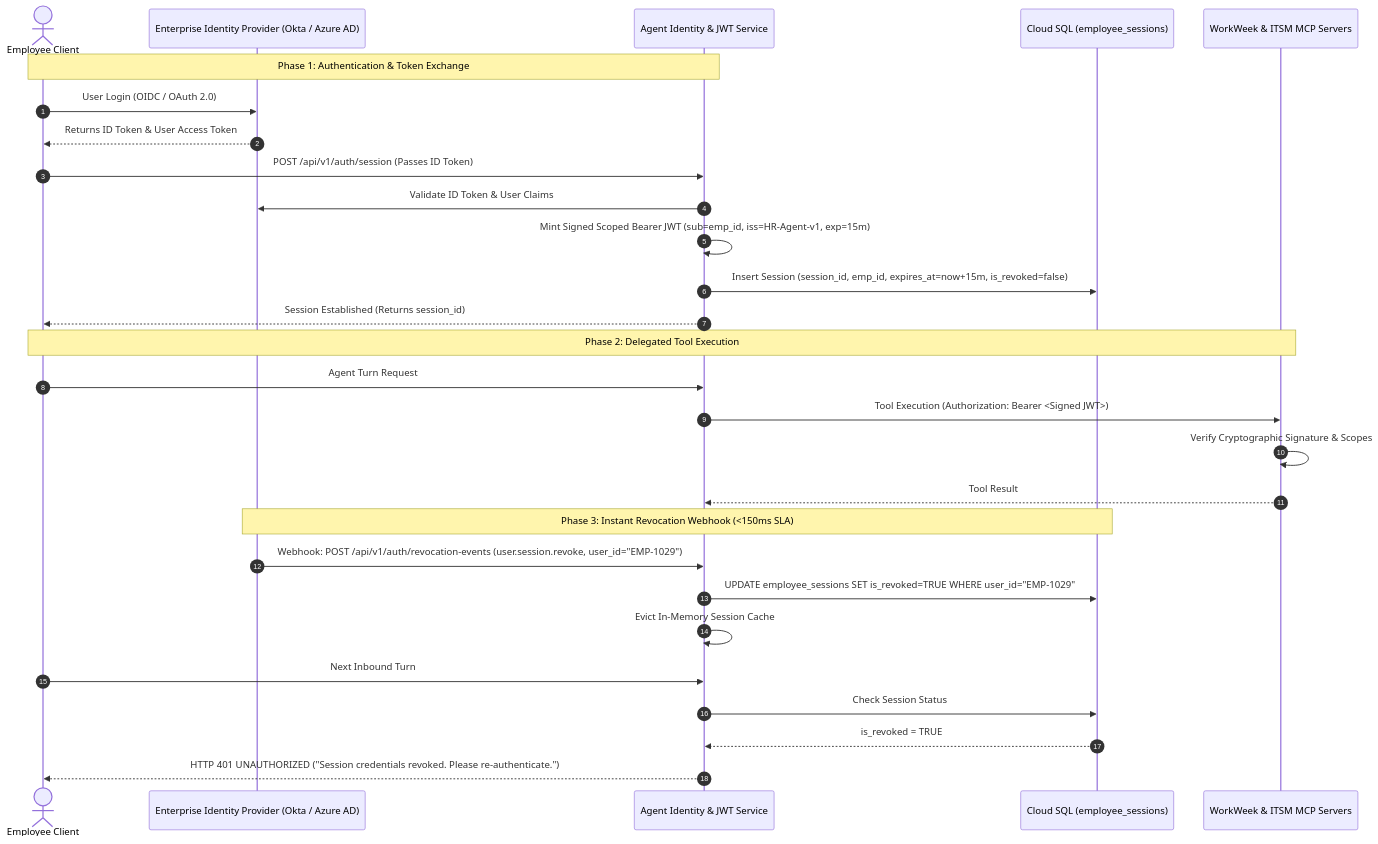
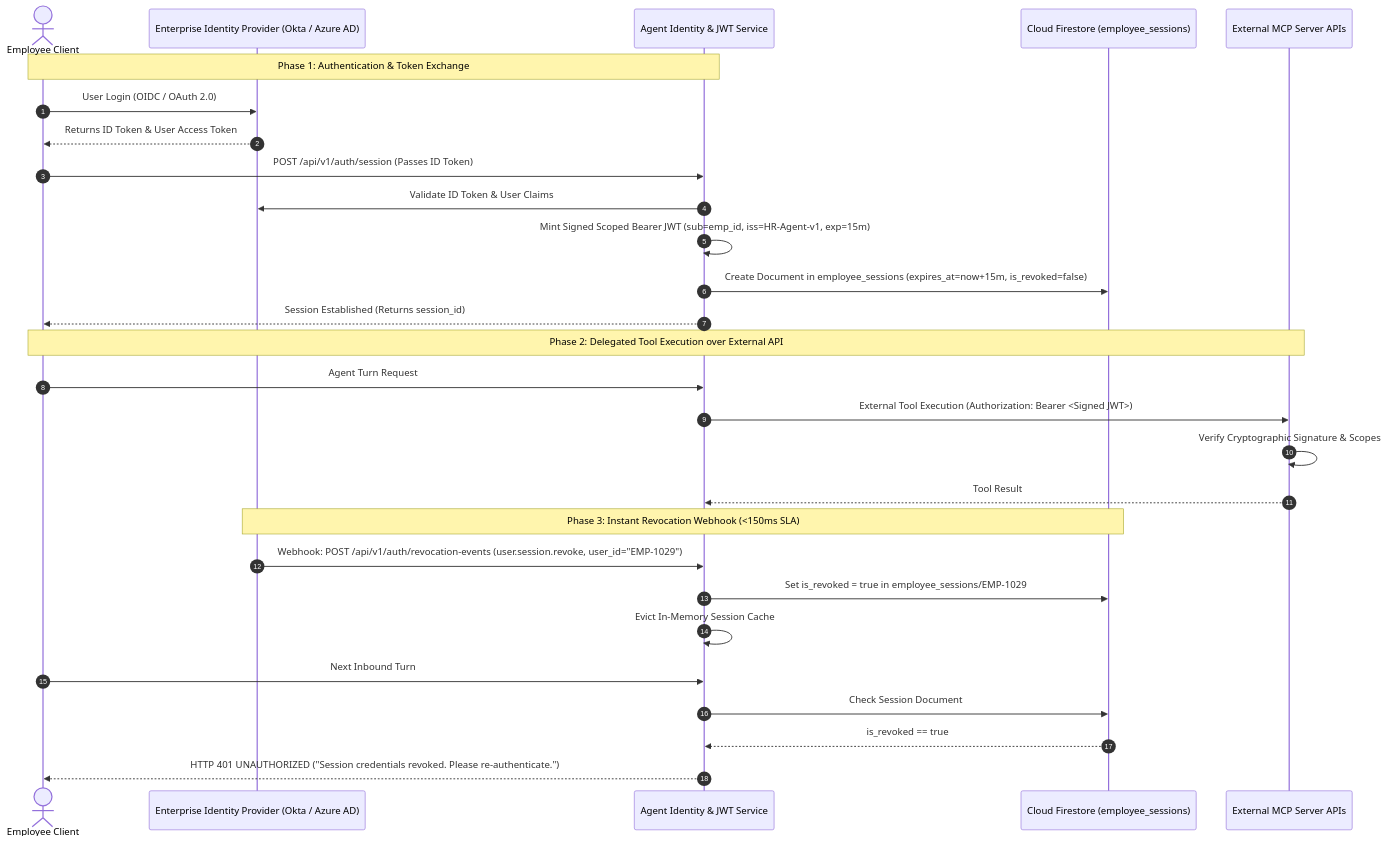
Before and after one commit to hhosur81-gcloud/so-elevated: the ninth of 13 diagrams in technical_design/system_architecture_diagrams.md, drawn with Mermaid. The commit also changed other lines of this file and 4 other files, not shown here.

Commit message:
refactor(technical_design): align TDD with external MCP APIs, OKF retrieval, Model Armor PII, and Firestore persistence

````diff
--- a/technical_design/system_architecture_diagrams.md
+++ b/technical_design/system_architecture_diagrams.md
@@ -368,34 +367,34 @@
 ```mermaid
 sequenceDiagram
     autonumber
     actor Employee as Employee Client
     participant IdP as Enterprise Identity Provider (Okta / Azure AD)
     participant AuthSvc as Agent Identity & JWT Service
-    participant SessionStore as Cloud SQL (employee_sessions)
-    participant MCP as WorkWeek & ITSM MCP Servers
+    participant Firestore as Cloud Firestore (employee_sessions)
+    participant MCP as External MCP Server APIs
 
     Note over Employee,AuthSvc: Phase 1: Authentication & Token Exchange
     Employee->>IdP: User Login (OIDC / OAuth 2.0)
     IdP-->>Employee: Returns ID Token & User Access Token
     Employee->>AuthSvc: POST /api/v1/auth/session (Passes ID Token)
     AuthSvc->>IdP: Validate ID Token & User Claims
     AuthSvc->>AuthSvc: Mint Signed Scoped Bearer JWT (sub=emp_id, iss=HR-Agent-v1, exp=15m)
-    AuthSvc->>SessionStore: Insert Session (session_id, emp_id, expires_at=now+15m, is_revoked=false)
+    AuthSvc->>Firestore: Create Document in employee_sessions (expires_at=now+15m, is_revoked=false)
     AuthSvc-->>Employee: Session Established (Returns session_id)
 
-    Note over Employee,MCP: Phase 2: Delegated Tool Execution
+    Note over Employee,MCP: Phase 2: Delegated Tool Execution over External API
     Employee->>AuthSvc: Agent Turn Request
-    AuthSvc->>MCP: Tool Execution (Authorization: Bearer <Signed JWT>)
+    AuthSvc->>MCP: External Tool Execution (Authorization: Bearer <Signed JWT>)
     MCP->>MCP: Verify Cryptographic Signature & Scopes
     MCP-->>AuthSvc: Tool Result
 
-    Note over IdP,SessionStore: Phase 3: Instant Revocation Webhook (<150ms SLA)
+    Note over IdP,Firestore: Phase 3: Instant Revocation Webhook (<150ms SLA)
     IdP->>AuthSvc: Webhook: POST /api/v1/auth/revocation-events (user.session.revoke, user_id="EMP-1029")
-    AuthSvc->>SessionStore: UPDATE employee_sessions SET is_revoked=TRUE WHERE user_id="EMP-1029"
+    AuthSvc->>Firestore: Set is_revoked = true in employee_sessions/EMP-1029
     AuthSvc->>AuthSvc: Evict In-Memory Session Cache
     
     Employee->>AuthSvc: Next Inbound Turn
-    AuthSvc->>SessionStore: Check Session Status
-    SessionStore-->>AuthSvc: is_revoked = TRUE
+    AuthSvc->>Firestore: Check Session Document
+    Firestore-->>AuthSvc: is_revoked == true
     AuthSvc-->>Employee: HTTP 401 UNAUTHORIZED ("Session credentials revoked. Please re-authenticate.")
 ```
````
